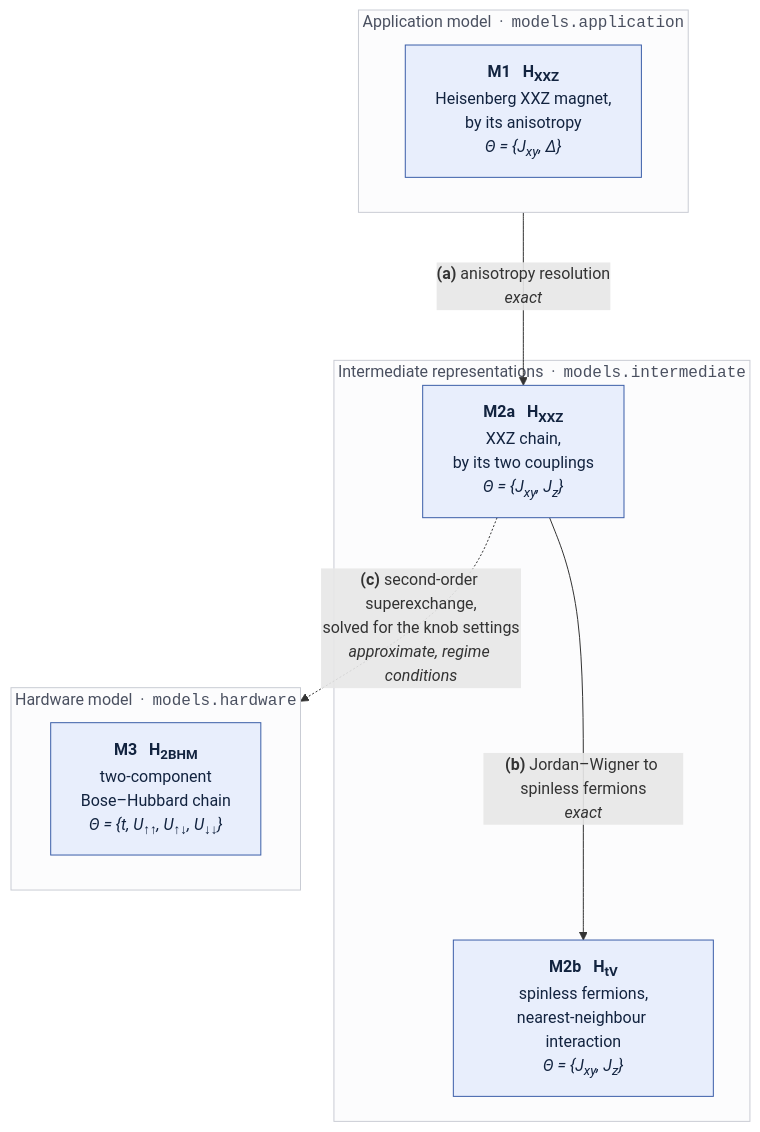
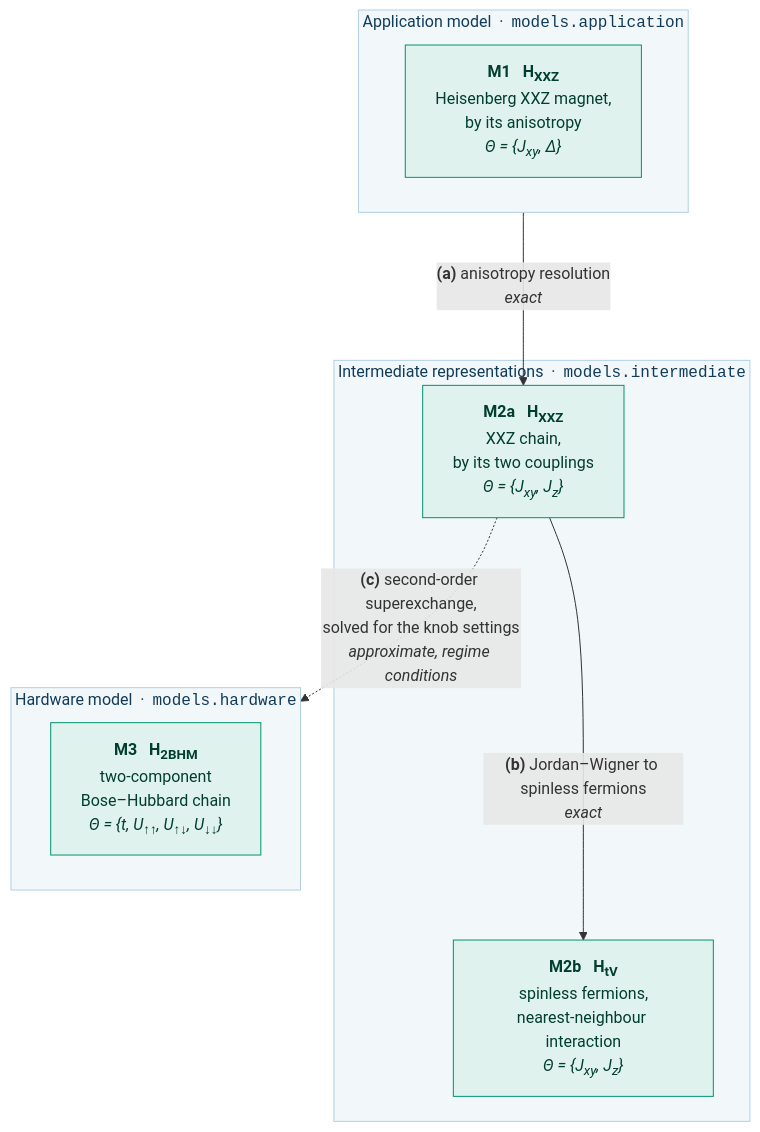
Before and after one commit to lfd/qsimod: the diagram in docs/heisenberg.md, drawn with Mermaid. The commit also changed 8 other files, not shown here.

Commit message:
mathJax in zensical docs; lfd colours in mermaid figure

````diff
--- a/docs/heisenberg.md
+++ b/docs/heisenberg.md
@@ -21,25 +21,25 @@
 ```mermaid
 flowchart TB
     subgraph LV1["Application model &nbsp;·&nbsp; <code>models.application</code>"]
         direction LR
         M1["<b>M1 &nbsp; H<sub>XXZ</sub></b><br/>Heisenberg XXZ magnet,<br/>by its anisotropy<br/><i>Θ = {J<sub>xy</sub>, Δ}</i>"]
     end
     subgraph LV2["Intermediate representations &nbsp;·&nbsp; <code>models.intermediate</code>"]
         M2a["<b>M2a &nbsp; H<sub>XXZ</sub></b><br/>XXZ chain,<br/>by its two couplings<br/><i>Θ = {J<sub>xy</sub>, J<sub>z</sub>}</i>"]
         M2b["<b>M2b &nbsp; H<sub>tV</sub></b><br/>spinless fermions,<br/>nearest-neighbour interaction<br/><i>Θ = {J<sub>xy</sub>, J<sub>z</sub>}</i>"]
     end
     subgraph LV3["Hardware model &nbsp;·&nbsp; <code>models.hardware</code>"]
         direction LR
         M3["<b>M3 &nbsp; H<sub>2BHM</sub></b><br/>two-component<br/>Bose–Hubbard chain<br/><i>Θ = {t, U<sub>↑↑</sub>, U<sub>↑↓</sub>, U<sub>↓↓</sub>}</i>"]
     end
 
     M1  ---> |"<b>(a)</b> anisotropy resolution<br/><i>exact</i>"| M2a
     M2a ---> |"<b>(b)</b> Jordan–Wigner to spinless fermions<br/><i>exact</i>"| M2b
     M2a -. "<b>(c)</b> second-order superexchange,<br/>solved for the knob settings<br/><i>approximate, regime conditions</i>" .-> M3
 
-    classDef ham fill:#e8eefc,stroke:#3b5ea8,color:#12233f
+    classDef ham fill:#e0f2ee,stroke:#009371,color:#003e2f
     class M1,M2a,M2b,M3 ham
-    style LV1 fill:#fcfcfd,stroke:#c9ccd4,color:#4a5060
-    style LV2 fill:#fcfcfd,stroke:#c9ccd4,color:#4a5060
-    style LV3 fill:#fcfcfd,stroke:#c9ccd4,color:#4a5060
+    style LV1 fill:#f2f7fa,stroke:#b1d0e5,color:#103c5a
+    style LV2 fill:#f2f7fa,stroke:#b1d0e5,color:#103c5a
+    style LV3 fill:#f2f7fa,stroke:#b1d0e5,color:#103c5a
 ```
````
